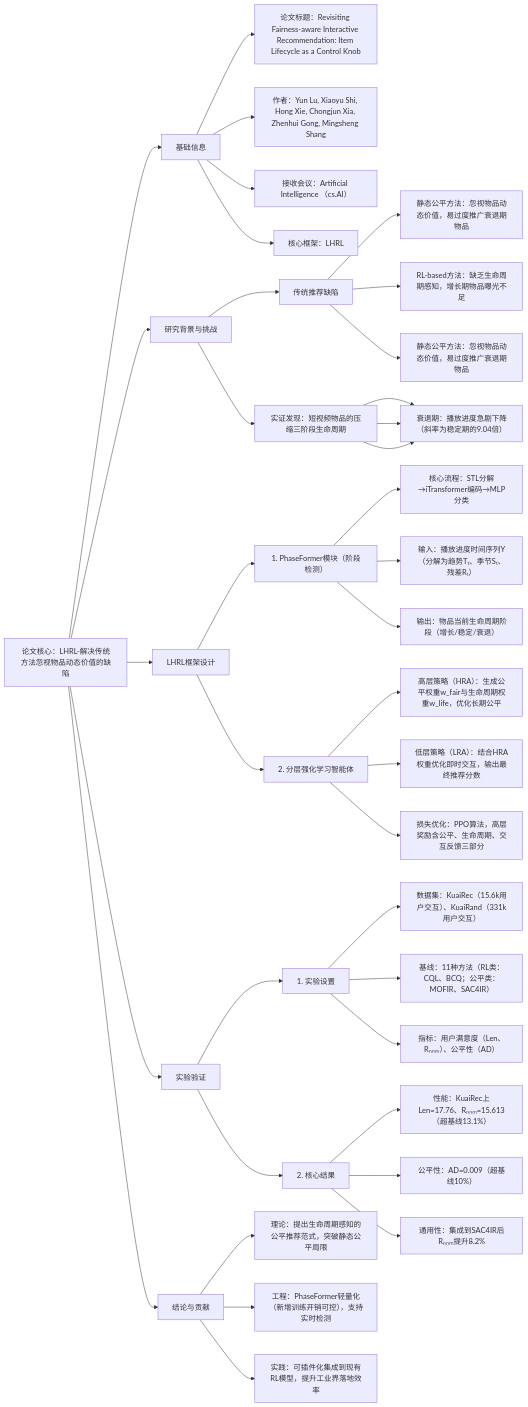
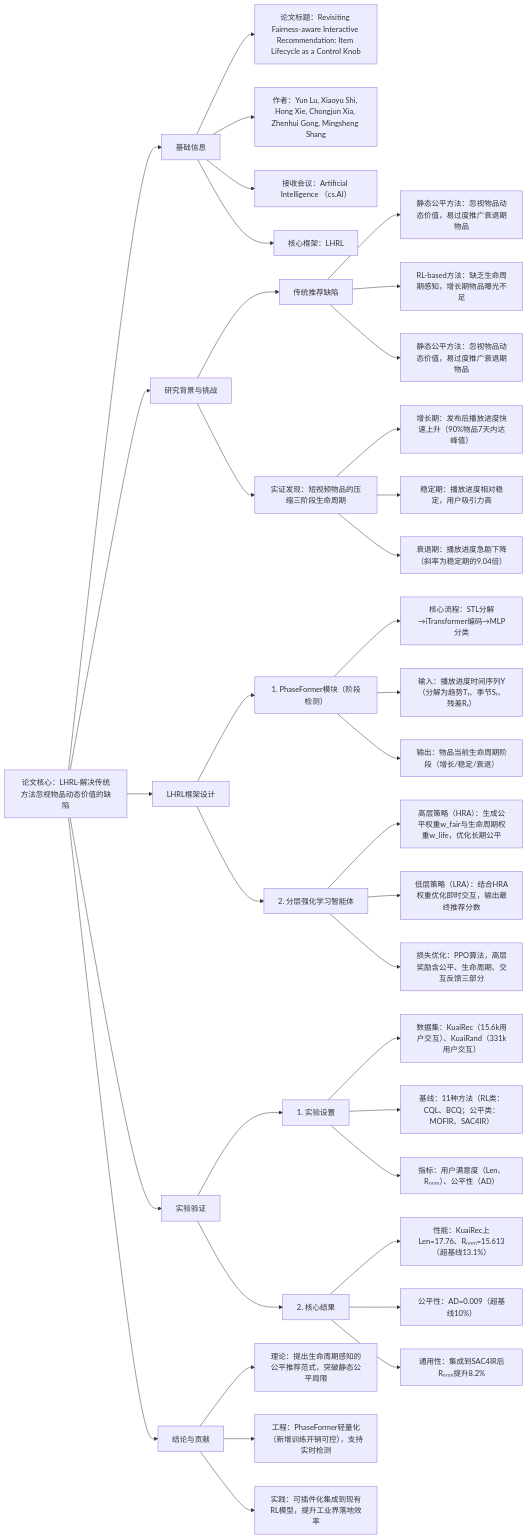
One commit to stephenZkang/recommended-paper-weekly-reading changed the diagram in notes/2511/3-week/004-LHRL.md. Above: the diagram before and after it, drawn with Mermaid. The commit also changed 10 other files, not shown here.

````diff
--- a/notes/2511/3-week/004-LHRL.md
+++ b/notes/2511/3-week/004-LHRL.md
@@ -8,48 +8,48 @@
 ```mermaid
 graph LR
 A[论文核心：LHRL-解决传统方法忽视物品动态价值的缺陷] --> B[基础信息]
 
 B --> B1[论文标题：Revisiting Fairness-aware Interactive Recommendation: Item Lifecycle as a Control Knob]
 B --> B2[作者：Yun Lu, Xiaoyu Shi, Hong Xie, Chongjun Xia, Zhenhui Gong, Mingsheng Shang]
 B --> B3[接收会议：Artificial Intelligence （cs.AI）]
 B --> B4[核心框架：LHRL]
 
 A --> C[研究背景与挑战]
 C --> C1[传统推荐缺陷]
 C1 --> C11[静态公平方法：忽视物品动态价值，易过度推广衰退期物品]
 C1 --> C12[RL-based方法：缺乏生命周期感知，增长期物品曝光不足]
 C1 --> C13[静态公平方法：忽视物品动态价值，易过度推广衰退期物品]
 C --> C2[实证发现：短视频物品的压缩三阶段生命周期]
 C2 --> C21[增长期：发布后播放进度快速上升（90%物品7天内达峰值）]
-C2 --> C21[稳定期：播放进度相对稳定，用户吸引力高]
-C2 --> C21[衰退期：播放进度急剧下降（斜率为稳定期的9.04倍）]
+C2 --> C22[稳定期：播放进度相对稳定，用户吸引力高]
+C2 --> C23[衰退期：播放进度急剧下降（斜率为稳定期的9.04倍）]
 
 A --> D[LHRL框架设计]
 
 D --> D1[1. PhaseFormer模块（阶段检测）]
 D1 --> D11[核心流程：STL分解→iTransformer编码→MLP分类]
 D1 --> D12[输入：播放进度时间序列Y（分解为趋势Tₜ、季节Sₜ、残差Rₜ）]
 D1 --> D13[输出：物品当前生命周期阶段（增长/稳定/衰退）]
 D --> D2[2. 分层强化学习智能体]
 D2 --> D21[高层策略（HRA）：生成公平权重w_fair与生命周期权重w_life，优化长期公平]
 D2 --> D22[低层策略（LRA）：结合HRA权重优化即时交互，输出最终推荐分数]
 D2 --> D23[损失优化：PPO算法，高层奖励含公平、生命周期、交互反馈三部分]
 
 
 A --> E[实验验证]
 
 E --> E1[1. 实验设置]
 E1 --> E11[数据集：KuaiRec（15.6k用户交互）、KuaiRand（331k用户交互）]
 E1 --> E12[基线：11种方法（RL类：CQL、BCQ；公平类：MOFIR、SAC4IR）]
 E1 --> E13[指标：用户满意度（Len、Rₙₙₘ）、公平性（AD）]
 E --> E2[2. 核心结果]
 E2 --> E21[性能：KuaiRec上Len=17.76、Rₙₙₘ=15.613（超基线13.1%）]
 E2 --> E22[公平性：AD=0.009（超基线10%）]
 E2 --> E23[通用性：集成到SAC4IR后Rₙₙₘ提升8.2%]
 
 A --> F[结论与贡献]
 
 F --> F1[理论：提出生命周期感知的公平推荐范式，突破静态公平局限]
 F --> F2[工程：PhaseFormer轻量化（新增训练开销可控），支持实时检测]
 F --> F3[实践：可插件化集成到现有RL模型，提升工业界落地效率]
 ```
````
